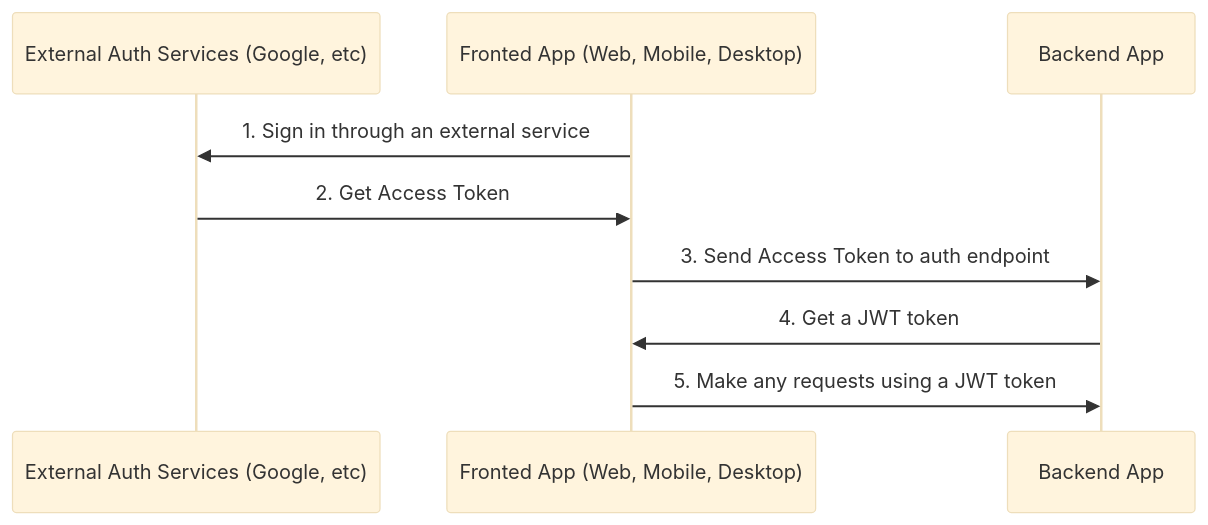
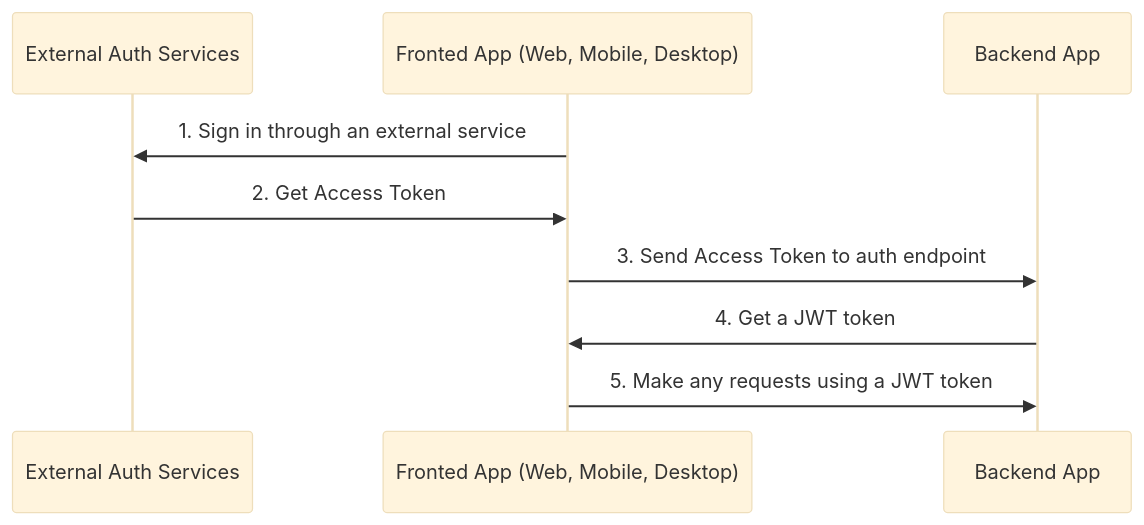
The second of 2 diagrams in docs/auth.md (brocoders/nestjs-boilerplate), drawn with Mermaid (base theme) before and after one commit. The commit also changed other lines of this file and 15 other files, not shown here.

Commit message:
chore(auth): remove google sign in

````diff
--- a/docs/auth.md
+++ b/docs/auth.md
@@ -40,12 +39,12 @@
 ```mermaid
 sequenceDiagram
-    participant B as External Auth Services (Google, etc)
+    participant B as External Auth Services
     participant A as Fronted App (Web, Mobile, Desktop)
     participant C as Backend App
 
     A->>B: 1. Sign in through an external service
     B->>A: 2. Get Access Token
     A->>C: 3. Send Access Token to auth endpoint
     C->>A: 4. Get a JWT token
     A->>C: 5. Make any requests using a JWT token
 ```
````
